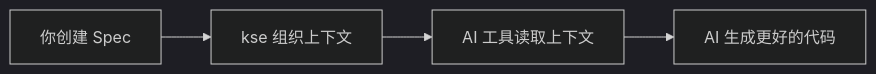
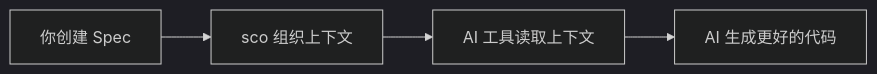
One commit to LuChangQiu/kiro-spec-engine changed the first of 2 diagrams in README.zh.md. Above: the diagram before and after it, drawn with Mermaid (dark theme). The commit also changed other lines of this file and 14 other files, not shown here.

````diff
--- a/README.zh.md
+++ b/README.zh.md
@@ -23,6 +24,6 @@
 ```mermaid
 graph LR
-    A[你创建 Spec] --> B[kse 组织上下文]
+    A[你创建 Spec] --> B[sco 组织上下文]
     B --> C[AI 工具读取上下文]
     C --> D[AI 生成更好的代码]
 ```
````
